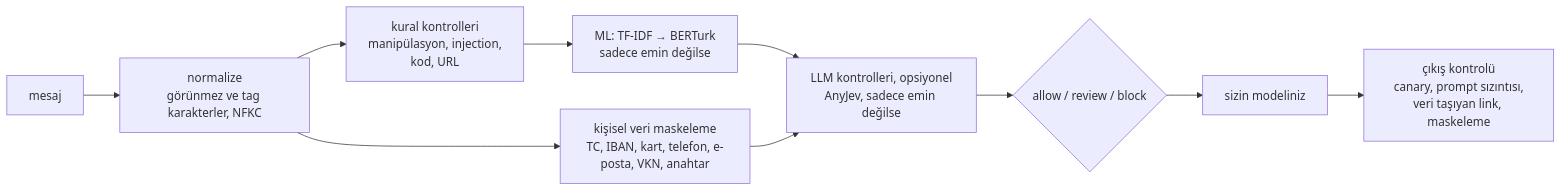
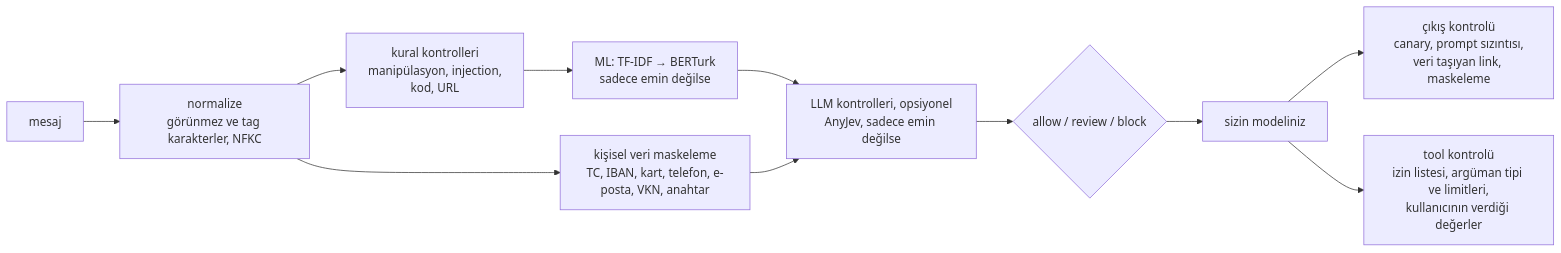
One commit to efronh/sieve changed the diagram in README.tr.md. Above: the diagram before and after it, drawn with Mermaid. The commit also changed other lines of this file and 10 other files, not shown here.

````diff
--- a/README.tr.md
+++ b/README.tr.md
@@ -47,11 +47,12 @@
 ```mermaid
 flowchart LR
     A[mesaj] --> N[normalize<br/>görünmez ve tag karakterler, NFKC]
     N --> M[kişisel veri maskeleme<br/>TC, IBAN, kart, telefon, e-posta, VKN, anahtar]
     N --> C[kural kontrolleri<br/>manipülasyon, injection,<br/>kod, URL]
     C --> ML[ML: TF-IDF → BERTurk<br/>sadece emin değilse]
     ML --> L[LLM kontrolleri, opsiyonel<br/>AnyJev, sadece emin değilse]
     M --> L
     L --> R{allow / review / block}
     R --> LLM[sizin modeliniz] --> O[çıkış kontrolü<br/>canary, prompt sızıntısı,<br/>veri taşıyan link, maskeleme]
+    LLM --> T[tool kontrolü<br/>izin listesi, argüman tipi ve limitleri,<br/>kullanıcının verdiği değerler]
 ```
````
